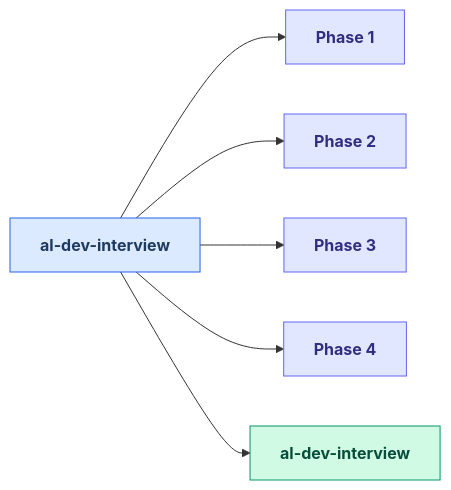
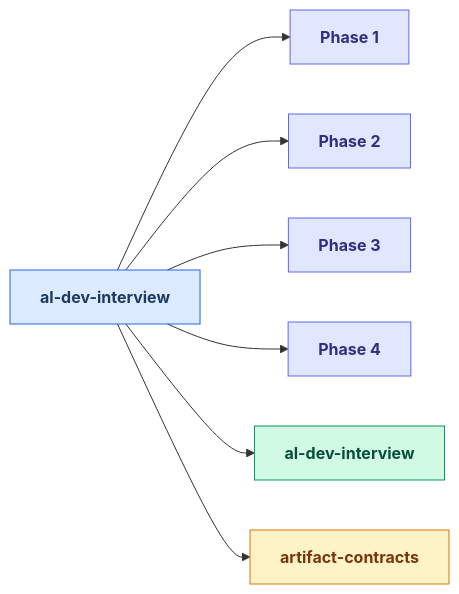
Before and after one commit to russell-laing/al-dev-shared: diagram 12 of 25 in docs/al-dev-skills-map.md, drawn with Mermaid. The commit also changed other lines of this file and 7 other files, not shown here.

````diff
--- a/docs/al-dev-skills-map.md
+++ b/docs/al-dev-skills-map.md
@@ -659,28 +665,31 @@
 ```mermaid
 flowchart LR
     classDef skillNode fill:#dbeafe,stroke:#2563eb,color:#1e3a5f,font-weight:bold
     classDef agentNode fill:#d1fae5,stroke:#059669,color:#064e3b,font-weight:bold
     classDef knowledgeNode fill:#fef3c7,stroke:#d97706,color:#78350f,font-weight:bold
     classDef artifactNode fill:#ede9fe,stroke:#7c3aed,color:#4c1d95,font-weight:bold
     classDef phaseNode fill:#e0e7ff,stroke:#6366f1,color:#312e81,font-weight:bold
 
     skill_al_dev_interview[al-dev-interview]
     Phase1["Phase 1"]
     Phase2["Phase 2"]
     Phase3["Phase 3"]
     Phase4["Phase 4"]
     agent_al_dev_interview[al-dev-interview]
+    knowledge_artifact_contracts_md[artifact-contracts]
 
     skill_al_dev_interview --> Phase1
     skill_al_dev_interview --> Phase2
     skill_al_dev_interview --> Phase3
     skill_al_dev_interview --> Phase4
     skill_al_dev_interview --> agent_al_dev_interview
+    skill_al_dev_interview --> knowledge_artifact_contracts_md
 
     class skill_al_dev_interview skillNode
     class Phase1 phaseNode
     class Phase2 phaseNode
     class Phase3 phaseNode
     class Phase4 phaseNode
     class agent_al_dev_interview agentNode
+    class knowledge_artifact_contracts_md knowledgeNode
 ```
````
